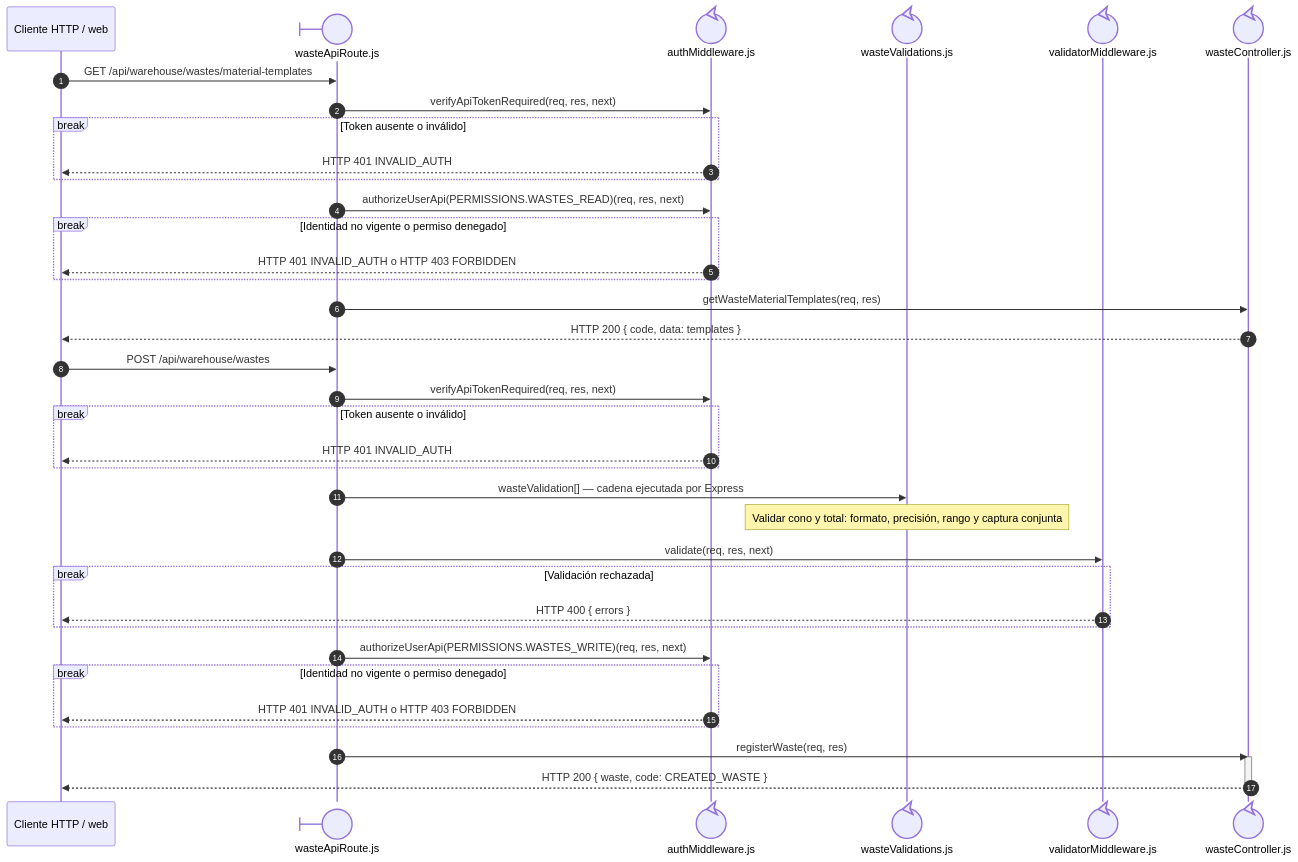
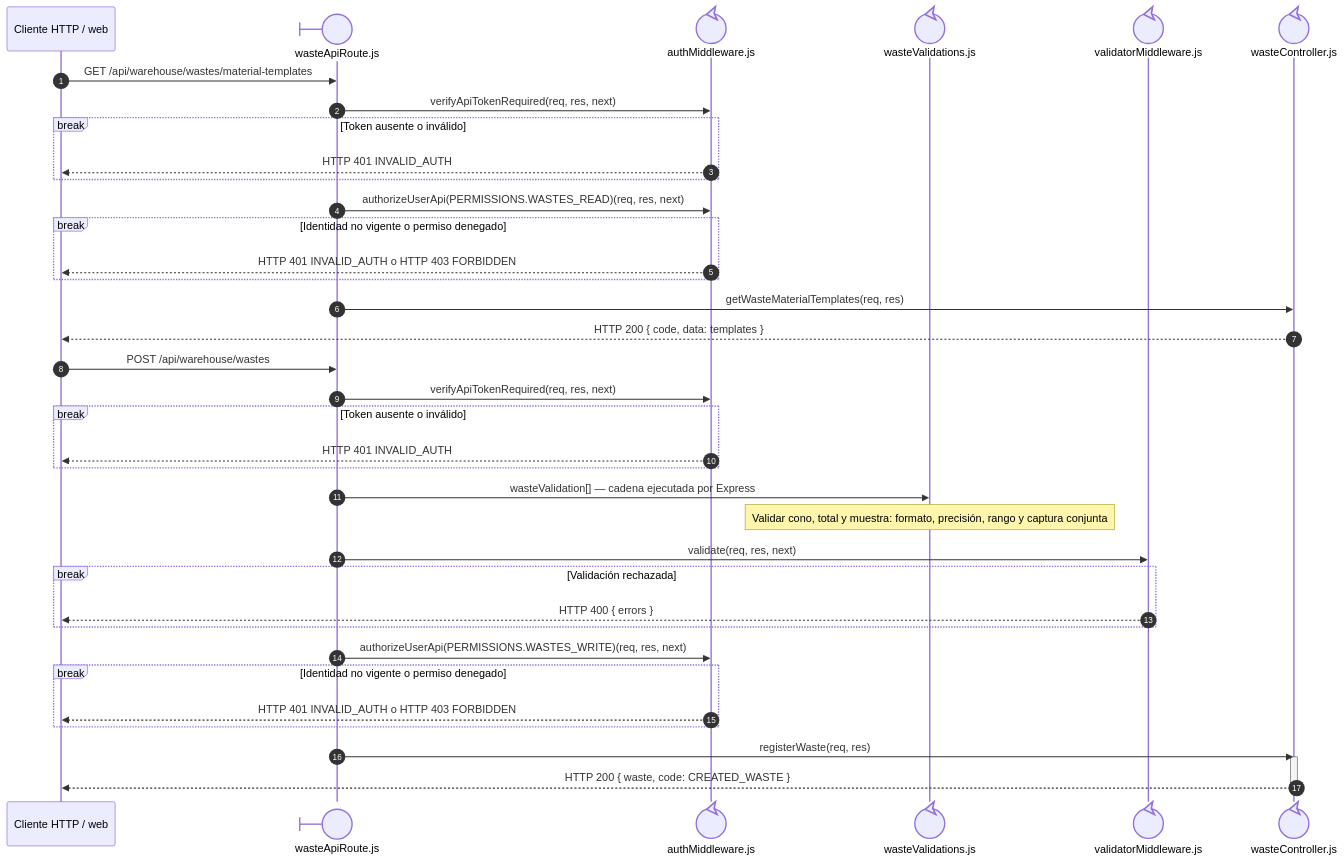
One commit to gpgsistemas01/nexus changed the first of 2 diagrams in docs/architecture/views/processes/backend-code-sequences/catalogs/cu-alm-10.md. Above: the diagram before and after it, drawn with Mermaid. The commit also changed other lines of this file and 79 other files, not shown here.

````diff
--- a/docs/architecture/views/processes/backend-code-sequences/catalogs/cu-alm-10.md
+++ b/docs/architecture/views/processes/backend-code-sequences/catalogs/cu-alm-10.md
@@ -32,41 +32,41 @@
 ```mermaid
 sequenceDiagram
     autonumber
     participant Client as Cliente HTTP / web
     participant Route@{ "type": "boundary" } as wasteApiRoute.js
     participant Auth@{ "type": "control" } as authMiddleware.js
     participant ValidationRules@{ "type": "control" } as wasteValidations.js
     participant Validator@{ "type": "control" } as validatorMiddleware.js
     participant Controller@{ "type": "control" } as wasteController.js
 
     Client->>Route: GET /api/warehouse/wastes/material-templates
     Route->>Auth: verifyApiTokenRequired(req, res, next)
     break Token ausente o inválido
         Auth-->>Client: HTTP 401 INVALID_AUTH
     end
     Route->>Auth: authorizeUserApi(PERMISSIONS.WASTES_READ)(req, res, next)
     break Identidad no vigente o permiso denegado
         Auth-->>Client: HTTP 401 INVALID_AUTH o HTTP 403 FORBIDDEN
     end
     Route->>Controller: getWasteMaterialTemplates(req, res)
     Controller-->>Client: HTTP 200 { code, data: templates }
     Client->>Route: POST /api/warehouse/wastes
     Route->>Auth: verifyApiTokenRequired(req, res, next)
     break Token ausente o inválido
         Auth-->>Client: HTTP 401 INVALID_AUTH
     end
     Route->>ValidationRules: wasteValidation[] — cadena ejecutada por Express
-    Note over ValidationRules: Validar cono y total: formato, precisión, rango y captura conjunta
+    Note over ValidationRules: Validar cono, total y muestra: formato, precisión, rango y captura conjunta
     Route->>Validator: validate(req, res, next)
     break Validación rechazada
         Validator-->>Client: HTTP 400 { errors }
     end
     Route->>Auth: authorizeUserApi(PERMISSIONS.WASTES_WRITE)(req, res, next)
     break Identidad no vigente o permiso denegado
         Auth-->>Client: HTTP 401 INVALID_AUTH o HTTP 403 FORBIDDEN
     end
     Route->>Controller: registerWaste(req, res)
     activate Controller
         Controller-->>Client: HTTP 200 { waste, code: CREATED_WASTE }
     deactivate Controller
 ```
````
